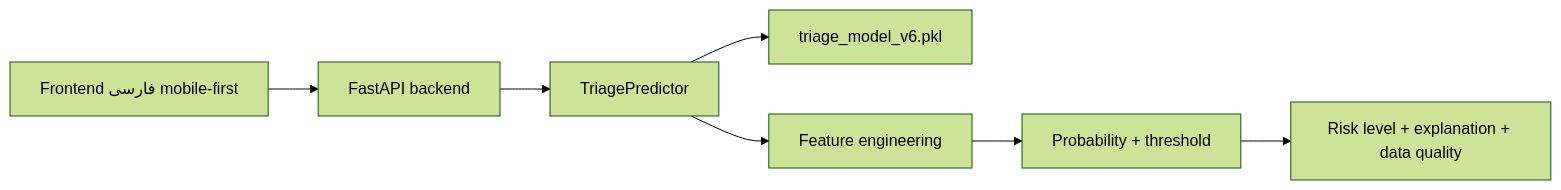
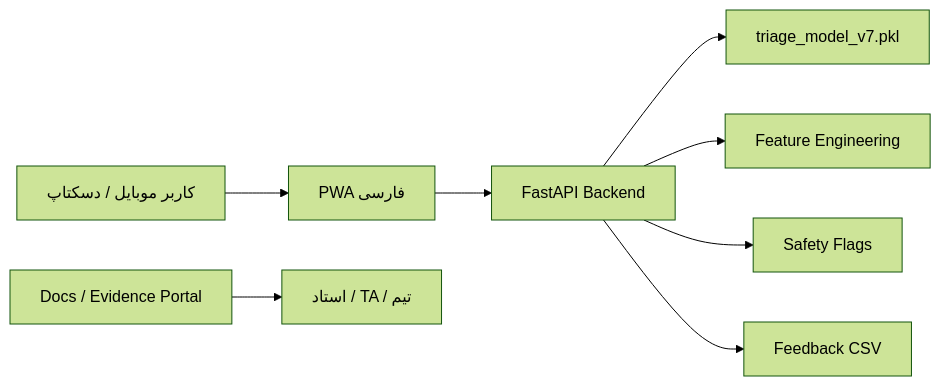
The diagram in docs/architecture.md (AminHatesProgramming/emergency-triage-mvp), drawn with Mermaid (forest theme) before and after one commit. The commit also changed other lines of this file and 56 other files, not shown here.

````diff
--- a/docs/architecture.md
+++ b/docs/architecture.md
@@ -11,9 +7,10 @@
 ```mermaid
 flowchart LR
-  A["Frontend فارسی mobile-first"] --> B["FastAPI backend"]
-  B --> C["TriagePredictor"]
-  C --> D["triage_model_v6.pkl"]
-  C --> E["Feature engineering"]
-  E --> F["Probability + threshold"]
-  F --> G["Risk level + explanation + data quality"]
+  A["کاربر موبایل / دسکتاپ"] --> B["PWA فارسی"]
+  B --> C["FastAPI Backend"]
+  C --> D["triage_model_v7.pkl"]
+  C --> E["Feature Engineering"]
+  C --> F["Safety Flags"]
+  C --> G["Feedback CSV"]
+  H["Docs / Evidence Portal"] --> I["استاد / TA / تیم"]
 ```
````
